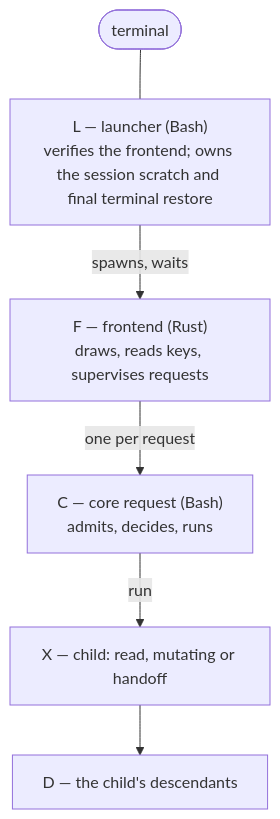
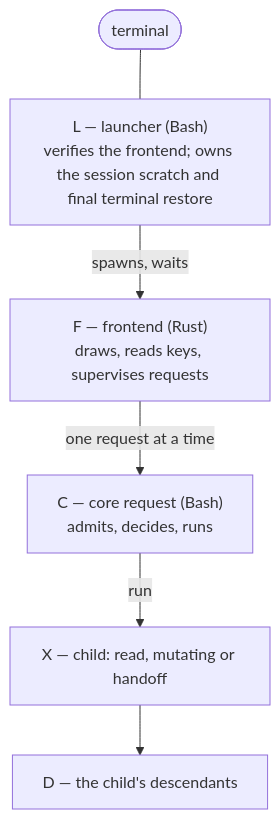
Before and after one commit to scalinity/omarchy-mac-bootstrap: the diagram in docs/PROTOCOL.md, drawn with Mermaid. The commit also changed other lines of this file and 9 other files, not shown here.

````diff
--- a/docs/PROTOCOL.md
+++ b/docs/PROTOCOL.md
@@ -185,8 +185,8 @@
 ```mermaid
 flowchart TD
     T([terminal]) --- L
     L["L — launcher (Bash)<br/>verifies the frontend; owns the session scratch and final terminal restore"] -->|spawns, waits| F
-    F["F — frontend (Rust)<br/>draws, reads keys, supervises requests"] -->|one per request| C
+    F["F — frontend (Rust)<br/>draws, reads keys, supervises requests"] -->|one request at a time| C
     C["C — core request (Bash)<br/>admits, decides, runs"] -->|run| X[X — child: read, mutating or handoff]
     X --> D[D — the child's descendants]
 ```
````
